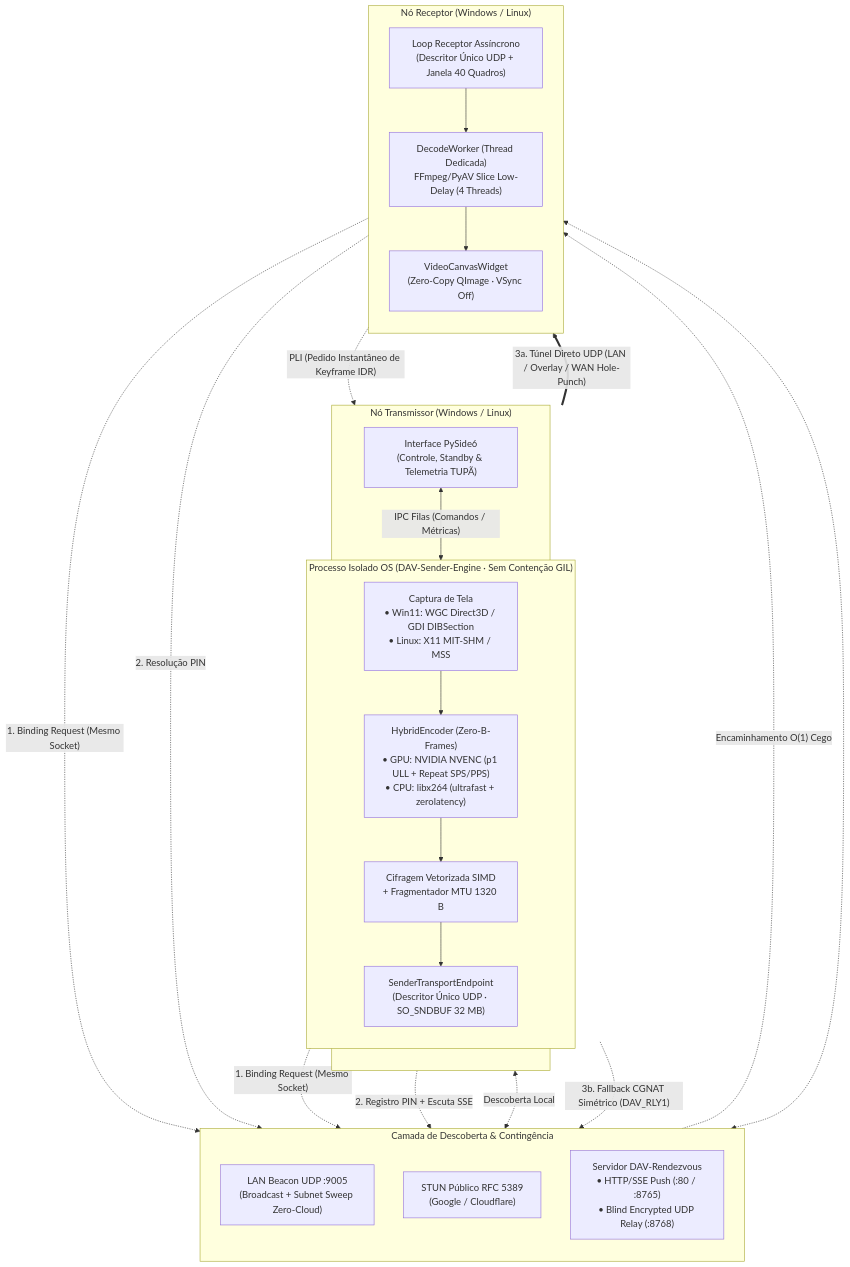
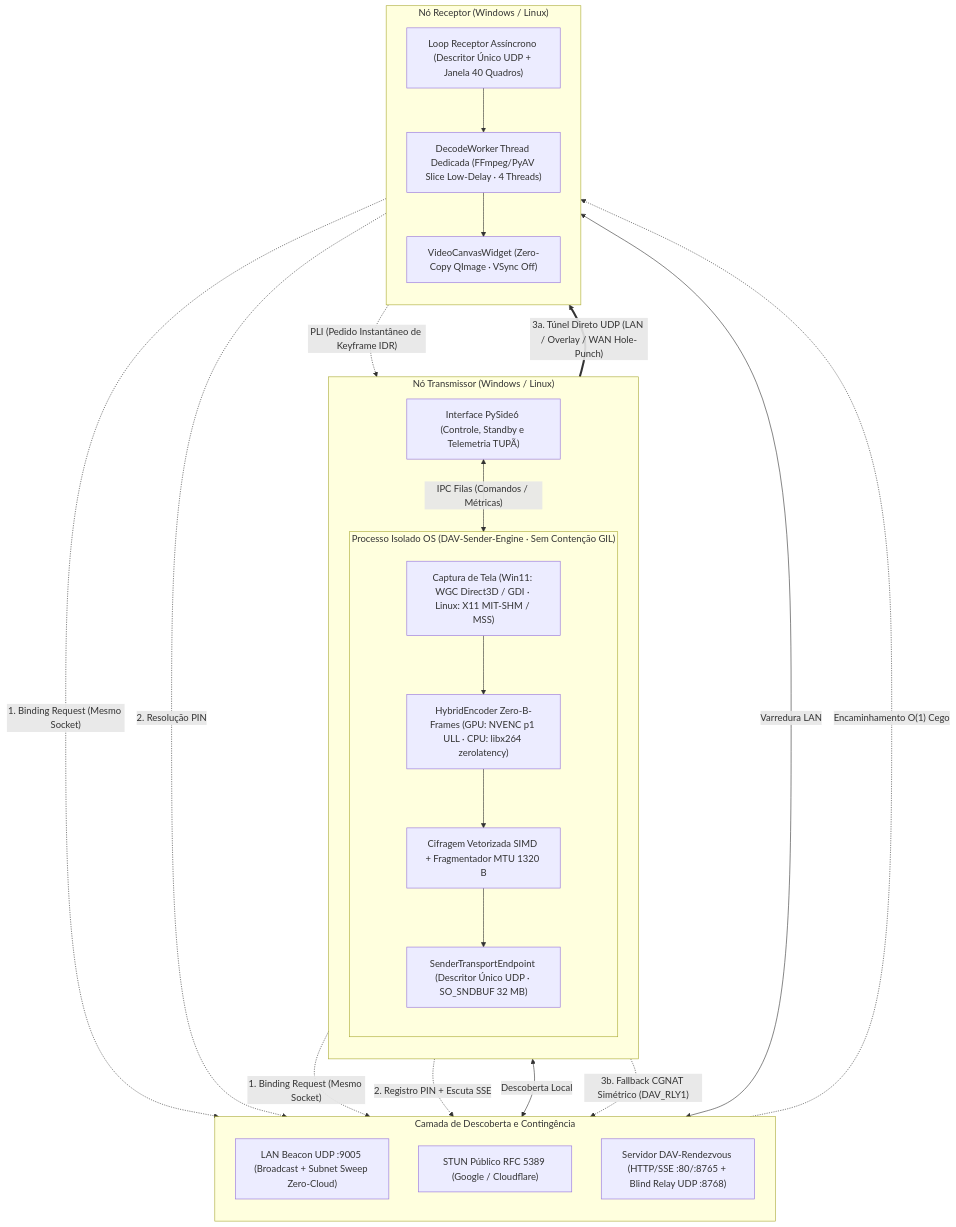
One commit to DanteFerraz/DA-V__Distribuidor_Aamplo-Video changed the first of 2 diagrams in README.md. Above: the diagram before and after it, drawn with Mermaid. The commit also changed other lines of this file and 1 other file, not shown here.

Commit message:
docs(readme): fix Mermaid sequenceDiagram arrow syntax and header anchors

````diff
--- a/README.md
+++ b/README.md
@@ -37,40 +37,43 @@
 ```mermaid
 flowchart TB
     subgraph TX_HOST ["Nó Transmissor (Windows / Linux)"]
         direction TB
-        UI_TX["Interface PySide6\n(Controle, Standby & Telemetria TUPÃ)"]
+        UI_TX["Interface PySide6 (Controle, Standby e Telemetria TUPÃ)"]
         subgraph TX_PROC ["Processo Isolado OS (DAV-Sender-Engine · Sem Contenção GIL)"]
-            CAP["Captura de Tela\n• Win11: WGC Direct3D / GDI DIBSection\n• Linux: X11 MIT-SHM / MSS"]
-            ENC["HybridEncoder (Zero-B-Frames)\n• GPU: NVIDIA NVENC (p1 ULL + Repeat SPS/PPS)\n• CPU: libx264 (ultrafast + zerolatency)"]
-            CIPHER_TX["Cifragem Vetorizada SIMD\n+ Fragmentador MTU 1320 B"]
-            SOCK_TX["SenderTransportEndpoint\n(Descritor Único UDP · SO_SNDBUF 32 MB)"]
+            direction TB
+            CAP["Captura de Tela (Win11: WGC Direct3D / GDI · Linux: X11 MIT-SHM / MSS)"]
+            ENC["HybridEncoder Zero-B-Frames (GPU: NVENC p1 ULL · CPU: libx264 zerolatency)"]
+            CIPHER_TX["Cifragem Vetorizada SIMD + Fragmentador MTU 1320 B"]
+            SOCK_TX["SenderTransportEndpoint (Descritor Único UDP · SO_SNDBUF 32 MB)"]
             CAP --> ENC --> CIPHER_TX --> SOCK_TX
         end
-        UI_TX <-- "IPC Filas (Comandos / Métricas)" --> TX_PROC
+        UI_TX <-->|"IPC Filas (Comandos / Métricas)"| TX_PROC
     end
 
-    subgraph CLOUD ["Camada de Descoberta & Contingência"]
+    subgraph CLOUD ["Camada de Descoberta e Contingência"]
         direction TB
-        BEACON["LAN Beacon UDP :9005\n(Broadcast + Subnet Sweep Zero-Cloud)"]
-        STUN_PUB["STUN Público RFC 5389\n(Google / Cloudflare)"]
-        RDV["Servidor DAV-Rendezvous\n• HTTP/SSE Push (:80 / :8765)\n• Blind Encrypted UDP Relay (:8768)"]
+        BEACON["LAN Beacon UDP :9005 (Broadcast + Subnet Sweep Zero-Cloud)"]
+        STUN_PUB["STUN Público RFC 5389 (Google / Cloudflare)"]
+        RDV["Servidor DAV-Rendezvous (HTTP/SSE :80/:8765 + Blind Relay UDP :8768)"]
     end
 
     subgraph RX_HOST ["Nó Receptor (Windows / Linux)"]
         direction TB
-        SOCK_RX["Loop Receptor Assíncrono\n(Descritor Único UDP + Janela 40 Quadros)"]
-        DEC_W["DecodeWorker (Thread Dedicada)\nFFmpeg/PyAV Slice Low-Delay (4 Threads)"]
-        CANVAS["VideoCanvasWidget\n(Zero-Copy QImage · VSync Off)"]
+        SOCK_RX["Loop Receptor Assíncrono (Descritor Único UDP + Janela 40 Quadros)"]
+        DEC_W["DecodeWorker Thread Dedicada (FFmpeg/PyAV Slice Low-Delay · 4 Threads)"]
+        CANVAS["VideoCanvasWidget (Zero-Copy QImage · VSync Off)"]
         SOCK_RX --> DEC_W --> CANVAS
     end
 
-    SOCK_TX -. "1. Binding Request (Mesmo Socket)" .-> STUN_PUB
-    SOCK_RX -. "1. Binding Request (Mesmo Socket)" .-> STUN_PUB
-    UI_TX -. "2. Registro PIN + Escuta SSE" .-> RDV
-    RX_HOST -. "2. Resolução PIN" .-> RDV
-    UI_TX <-. "Descoberta Local" .-> BEACON <-.-> RX_HOST
+    SOCK_TX -.->|"1. Binding Request (Mesmo Socket)"| STUN_PUB
+    SOCK_RX -.->|"1. Binding Request (Mesmo Socket)"| STUN_PUB
+    UI_TX -.->|"2. Registro PIN + Escuta SSE"| RDV
+    SOCK_RX -.->|"2. Resolução PIN"| RDV
+    UI_TX <-->|"Descoberta Local"| BEACON
+    BEACON <-->|"Varredura LAN"| SOCK_RX
 
-    SOCK_TX == "3a. Túnel Direto UDP (LAN / Overlay / WAN Hole-Punch)" ==> SOCK_RX
-    SOCK_RX -. "PLI (Pedido Instantâneo de Keyframe IDR)" .-> SOCK_TX
-    SOCK_TX -. "3b. Fallback CGNAT Simétrico (DAV_RLY1)" .-> RDV -. "Encaminhamento O(1) Cego" .-> SOCK_RX
+    SOCK_TX ==>|"3a. Túnel Direto UDP (LAN / Overlay / WAN Hole-Punch)"| SOCK_RX
+    SOCK_RX -.->|"PLI (Pedido Instantâneo de Keyframe IDR)"| SOCK_TX
+    SOCK_TX -.->|"3b. Fallback CGNAT Simétrico (DAV_RLY1)"| RDV
+    RDV -.->|"Encaminhamento O(1) Cego"| SOCK_RX
 ```
````
